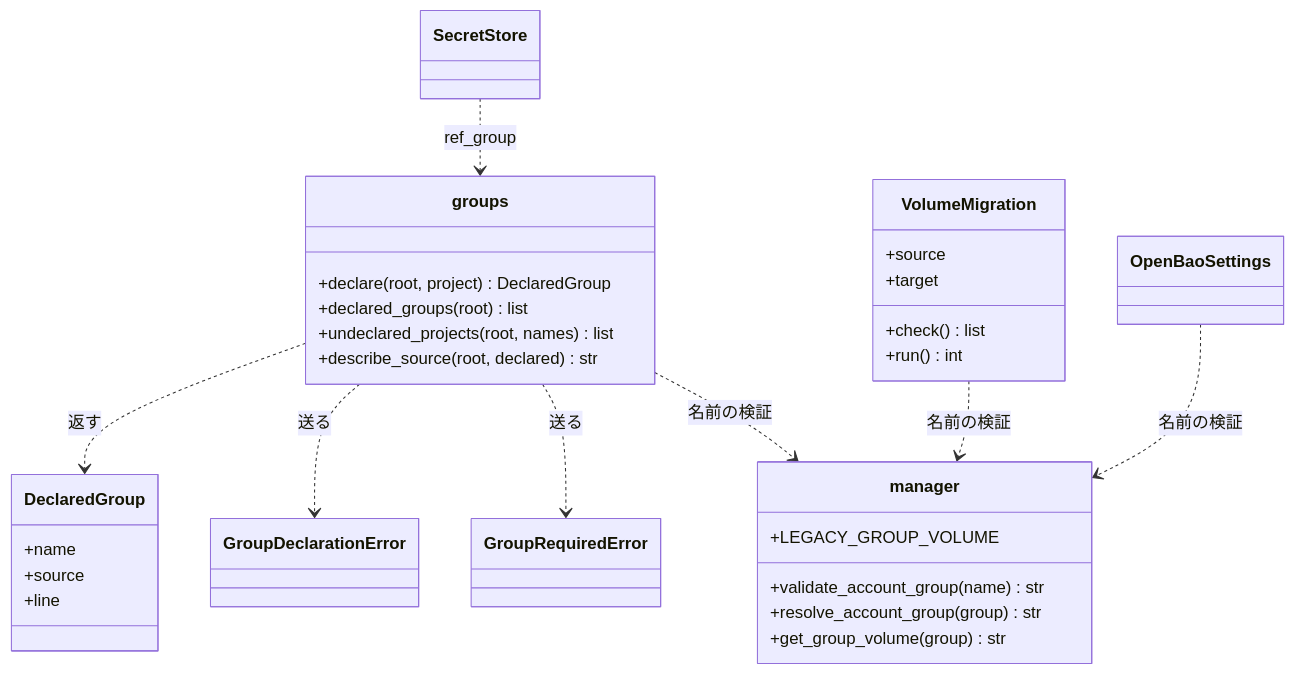
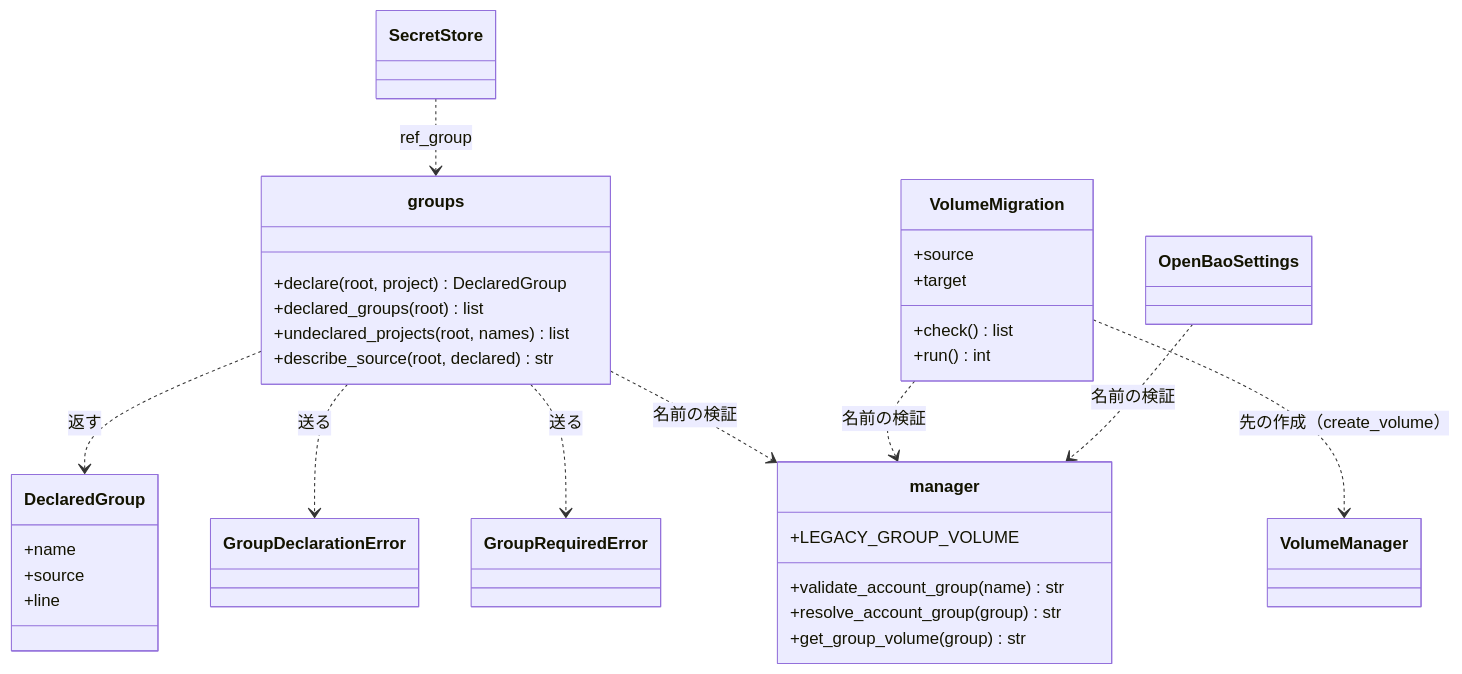
One commit to devbasex/devbase changed the third of 8 diagrams in issues/issue-315-design.md. Above: the diagram before and after it, drawn with Mermaid. The commit also changed other lines of this file and 2 other files, not shown here.

````diff
--- a/issues/issue-315-design.md
+++ b/issues/issue-315-design.md
@@ -229,35 +240,36 @@
 ```mermaid
 classDiagram
     class DeclaredGroup {
         +name
         +source
         +line
     }
     class GroupDeclarationError
     class GroupRequiredError
     class groups {
         +declare(root, project) DeclaredGroup
         +declared_groups(root) list
         +undeclared_projects(root, names) list
         +describe_source(root, declared) str
     }
     class manager {
         +validate_account_group(name) str
         +resolve_account_group(group) str
         +get_group_volume(group) str
         +LEGACY_GROUP_VOLUME
     }
     class VolumeMigration {
         +source
         +target
         +check() list
         +run() int
     }
     groups ..> DeclaredGroup : 返す
     groups ..> GroupDeclarationError : 送る
     groups ..> GroupRequiredError : 送る
     groups ..> manager : 名前の検証
     VolumeMigration ..> manager : 名前の検証
+    VolumeMigration ..> VolumeManager : 先の作成（create_volume）
     SecretStore ..> groups : ref_group
     OpenBaoSettings ..> manager : 名前の検証
 ```
````
